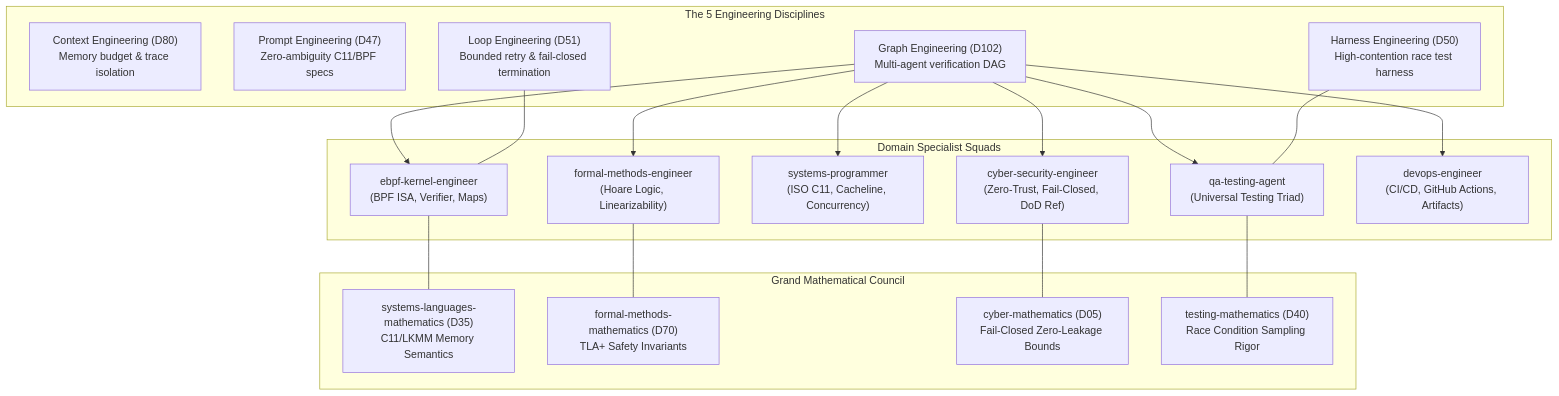
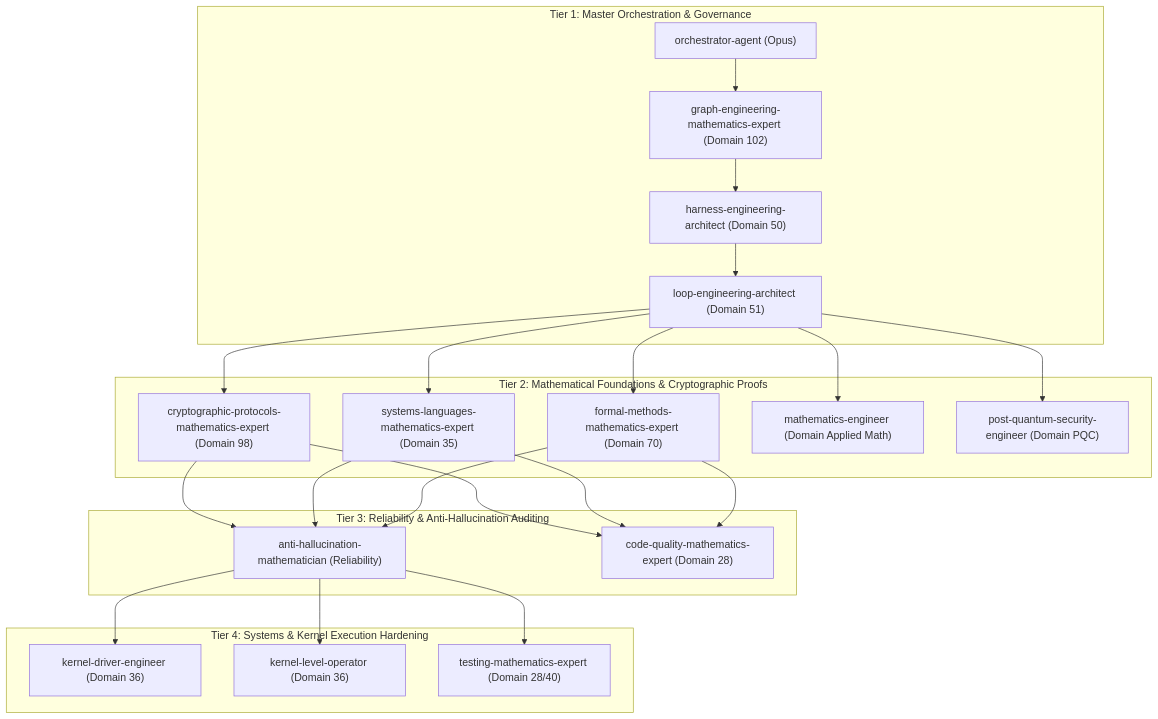
Before and after one commit to techdeveloper-org/starlink-research-report: the diagram in implementation_plan.md, drawn with Mermaid. The commit also changed other lines of this file and 6 other files, not shown here.

Commit message:
feat(verification): enforce mandatory TSan gate, validate Theorem 29 multi-query bounds (#23)

````diff
--- a/implementation_plan.md
+++ b/implementation_plan.md
@@ -50,34 +56,33 @@
 ```mermaid
-flowchart TD
-    subgraph D_ENG["The 5 Engineering Disciplines"]
-        CE["Context Engineering (D80)<br/>Memory budget & trace isolation"]
-        PE["Prompt Engineering (D47)<br/>Zero-ambiguity C11/BPF specs"]
-        GE["Graph Engineering (D102)<br/>Multi-agent verification DAG"]
-        LE["Loop Engineering (D51)<br/>Bounded retry & fail-closed termination"]
-        HE["Harness Engineering (D50)<br/>High-contention race test harness"]
+graph TD
+    subgraph "Tier 1: Master Orchestration & Governance"
+        ORCH["orchestrator-agent (Opus)"]
+        GRAPH["graph-engineering-mathematics-expert (Domain 102)"]
+        HARNESS["harness-engineering-architect (Domain 50)"]
+        LOOP["loop-engineering-architect (Domain 51)"]
     end
 
-    subgraph SQUADS["Domain Specialist Squads"]
-        EBPF["ebpf-kernel-engineer<br/>(BPF ISA, Verifier, Maps)"]
-        SEC["cyber-security-engineer<br/>(Zero-Trust, Fail-Closed, DoD Ref)"]
-        SYS["systems-programmer<br/>(ISO C11, Cacheline, Concurrency)"]
-        FORMAL["formal-methods-engineer<br/>(Hoare Logic, Linearizability)"]
-        QA["qa-testing-agent<br/>(Universal Testing Triad)"]
-        DEVOPS["devops-engineer<br/>(CI/CD, GitHub Actions, Artifacts)"]
+    subgraph "Tier 2: Mathematical Foundations & Cryptographic Proofs"
+        CRYPTO["cryptographic-protocols-mathematics-expert (Domain 98)"]
+        SYS_MATH["systems-languages-mathematics-expert (Domain 35)"]
+        FORMAL["formal-methods-mathematics-expert (Domain 70)"]
+        MATH_ENG["mathematics-engineer (Domain Applied Math)"]
+        PQC["post-quantum-security-engineer (Domain PQC)"]
     end
 
-    subgraph MATH_COUNCIL["Grand Mathematical Council"]
-        M35["systems-languages-mathematics (D35)<br/>C11/LKMM Memory Semantics"]
-        M70["formal-methods-mathematics (D70)<br/>TLA+ Safety Invariants"]
-        M05["cyber-mathematics (D05)<br/>Fail-Closed Zero-Leakage Bounds"]
-        M40["testing-mathematics (D40)<br/>Race Condition Sampling Rigor"]
+    subgraph "Tier 3: Reliability & Anti-Hallucination Auditing"
+        ANTI_HALL["anti-hallucination-mathematician (Reliability)"]
+        CODE_QUAL["code-quality-mathematics-expert (Domain 28)"]
     end
 
-    GE --> EBPF & SEC & SYS & FORMAL & QA & DEVOPS
-    EBPF --- M35
-    SEC --- M05
-    FORMAL --- M70
-    QA --- M40
-    LE --- EBPF
-    HE --- QA
+    subgraph "Tier 4: Systems & Kernel Execution Hardening"
+        KERN_ENG["kernel-driver-engineer (Domain 36)"]
+        KERN_OP["kernel-level-operator (Domain 36)"]
+        TEST_MATH["testing-mathematics-expert (Domain 28/40)"]
+    end
+
+    ORCH --> GRAPH --> HARNESS --> LOOP
+    LOOP --> CRYPTO & SYS_MATH & FORMAL & MATH_ENG & PQC
+    CRYPTO & SYS_MATH & FORMAL --> ANTI_HALL & CODE_QUAL
+    ANTI_HALL --> KERN_ENG & KERN_OP & TEST_MATH
 ```
````
